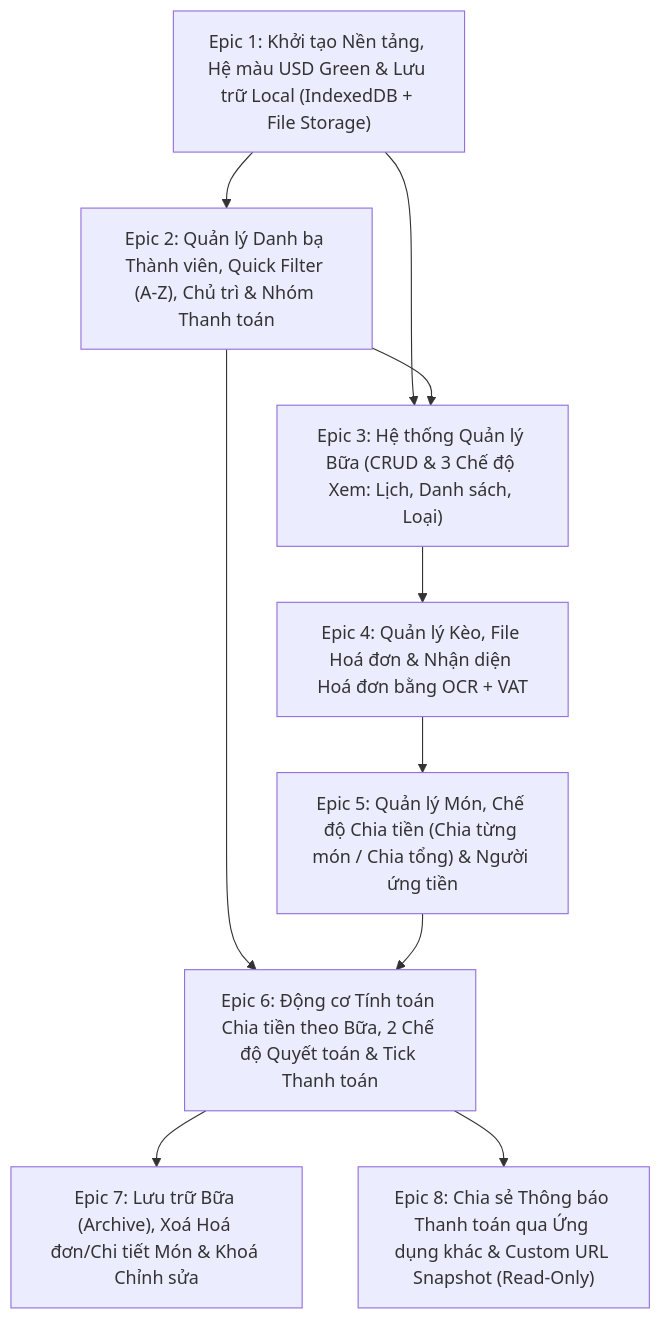
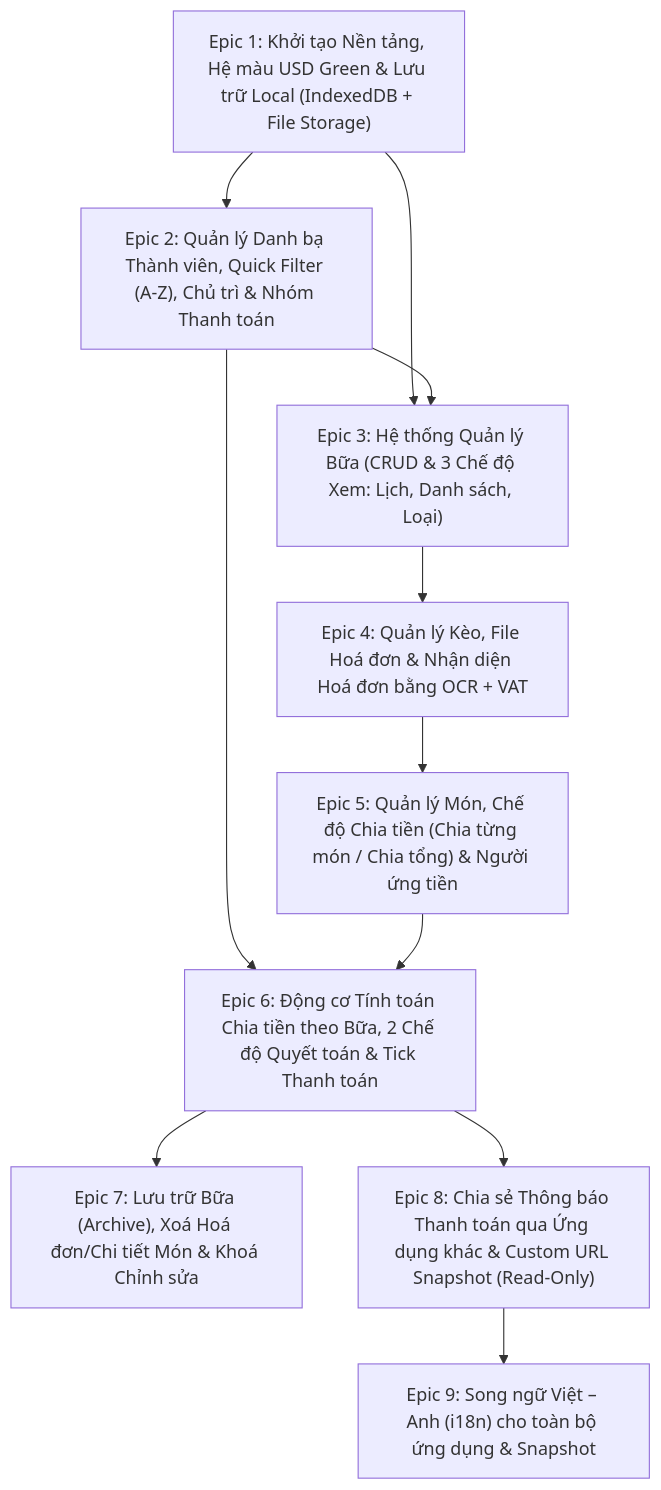
One commit to sakutara/chia-tien changed the diagram in documentation/04-epics-and-roadmap.md. Above: the diagram before and after it, drawn with Mermaid. The commit also changed other lines of this file and 3 other files, not shown here.

Commit message:
Thêm Epic 9: song ngữ Việt – Anh (BR, SA, roadmap, README)

````diff
--- a/documentation/04-epics-and-roadmap.md
+++ b/documentation/04-epics-and-roadmap.md
@@ -9,21 +9,23 @@
 ```mermaid
 flowchart TD
     E1["Epic 1: Khởi tạo Nền tảng, Hệ màu USD Green & Lưu trữ Local (IndexedDB + File Storage)"]
     E2["Epic 2: Quản lý Danh bạ Thành viên, Quick Filter (A-Z), Chủ trì & Nhóm Thanh toán"]
     E3["Epic 3: Hệ thống Quản lý Bữa (CRUD & 3 Chế độ Xem: Lịch, Danh sách, Loại)"]
     E4["Epic 4: Quản lý Kèo, File Hoá đơn & Nhận diện Hoá đơn bằng OCR + VAT"]
     E5["Epic 5: Quản lý Món, Chế độ Chia tiền (Chia từng món / Chia tổng) & Người ứng tiền"]
     E6["Epic 6: Động cơ Tính toán Chia tiền theo Bữa, 2 Chế độ Quyết toán & Tick Thanh toán"]
     E7["Epic 7: Lưu trữ Bữa (Archive), Xoá Hoá đơn/Chi tiết Món & Khoá Chỉnh sửa"]
     E8["Epic 8: Chia sẻ Thông báo Thanh toán qua Ứng dụng khác & Custom URL Snapshot (Read-Only)"]
+    E9["Epic 9: Song ngữ Việt – Anh (i18n) cho toàn bộ ứng dụng & Snapshot"]
 
     E1 --> E2
     E1 --> E3
     E2 --> E3
     E3 --> E4
     E4 --> E5
     E2 --> E6
     E5 --> E6
     E6 --> E7
     E6 --> E8
+    E8 --> E9
 ```
````
